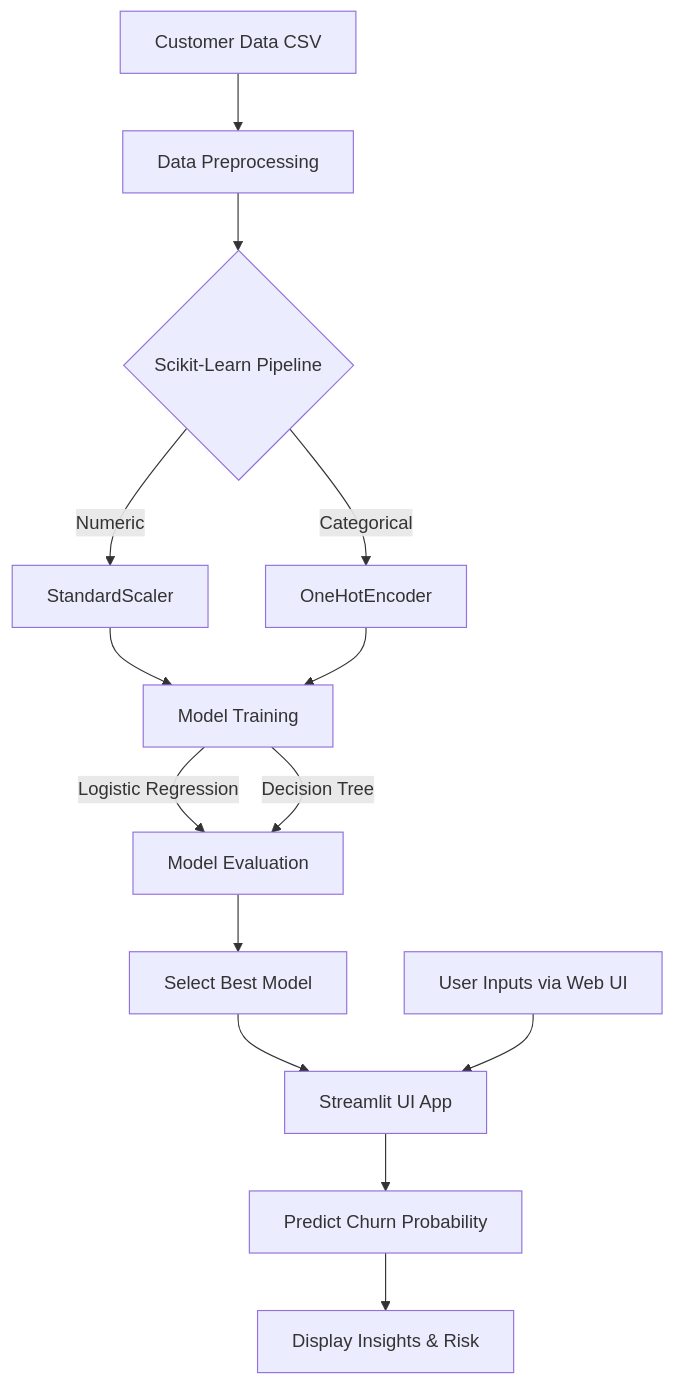
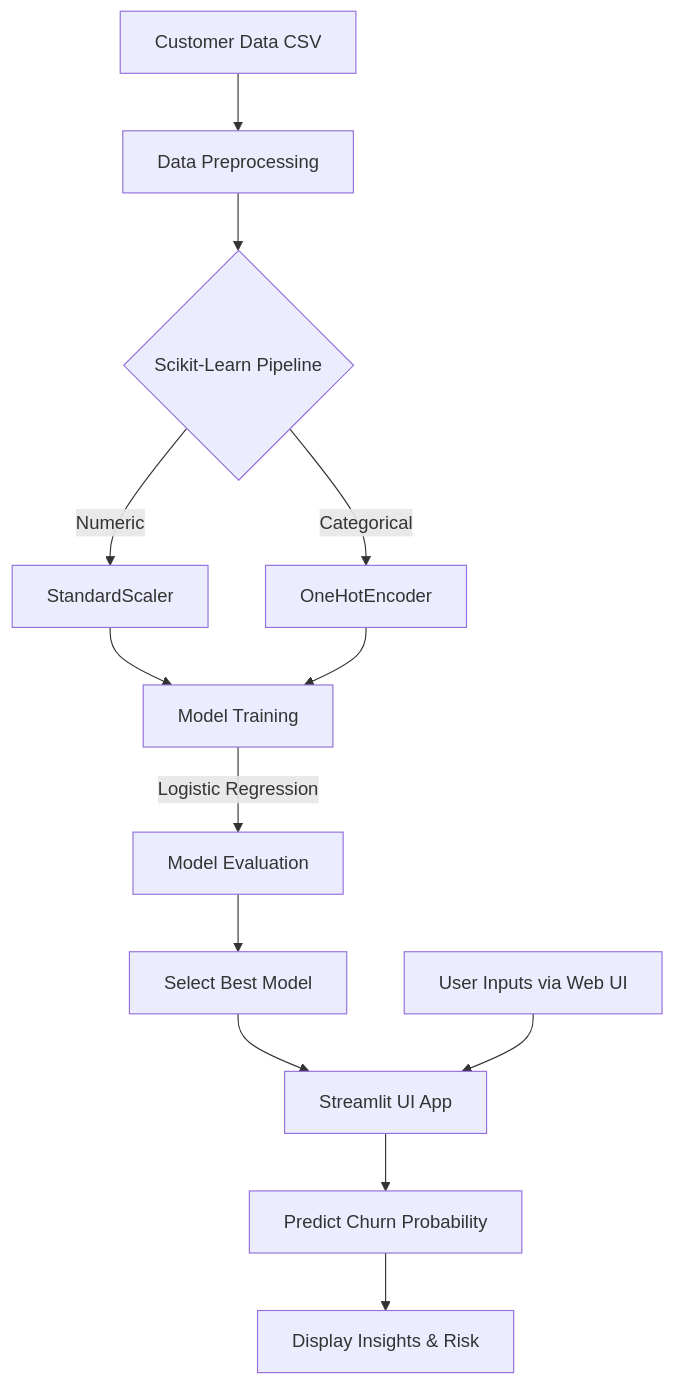
The diagram in README.md (Ankitgkp/GEN_AI_MID_TERM), drawn with Mermaid before and after one commit. The commit also changed other lines of this file and 2 other files, not shown here.

Commit message:
removed Decision Tree mentions from README and remaining lingering outputs

````diff
--- a/README.md
+++ b/README.md
@@ -22,17 +22,16 @@
 ```mermaid
 graph TD
     A[Customer Data CSV] --> B[Data Preprocessing]
     B --> C{Scikit-Learn Pipeline}
     C -->|Numeric| D[StandardScaler]
     C -->|Categorical| E[OneHotEncoder]
     D --> F[Model Training]
     E --> F
     F -->|Logistic Regression| G[Model Evaluation]
-    F -->|Decision Tree| G
     G --> H[Select Best Model]
     H --> I[Streamlit UI App]
 
     J[User Inputs via Web UI] --> I
     I --> K[Predict Churn Probability]
     K --> L[Display Insights & Risk]
 ```
````
